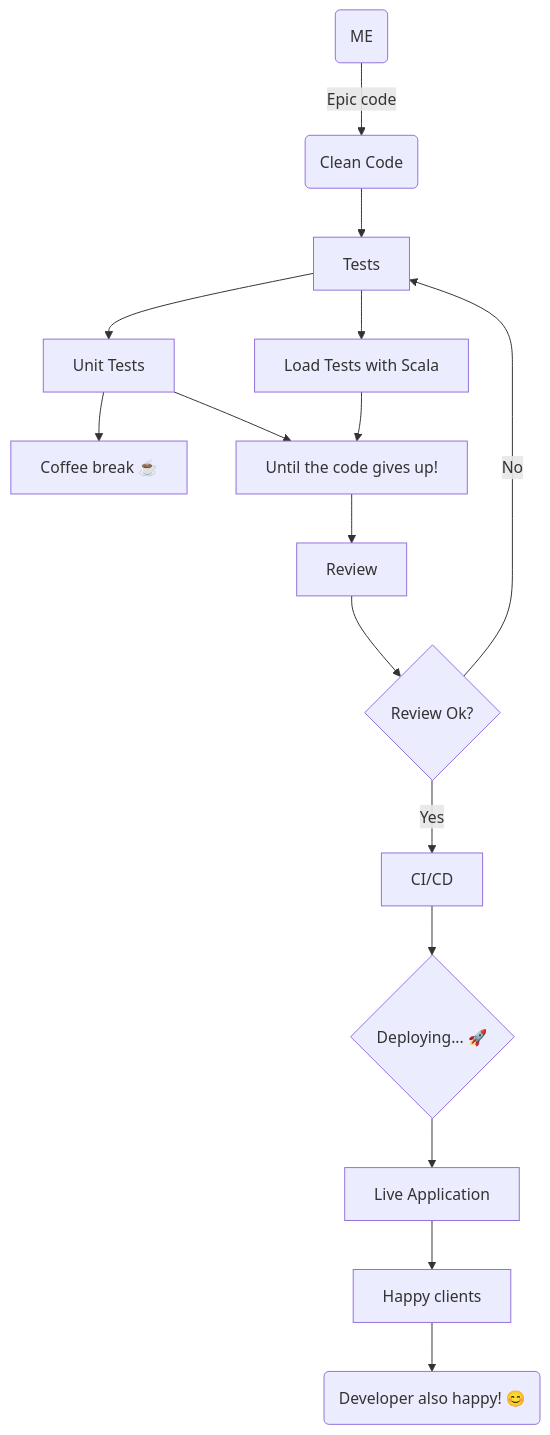
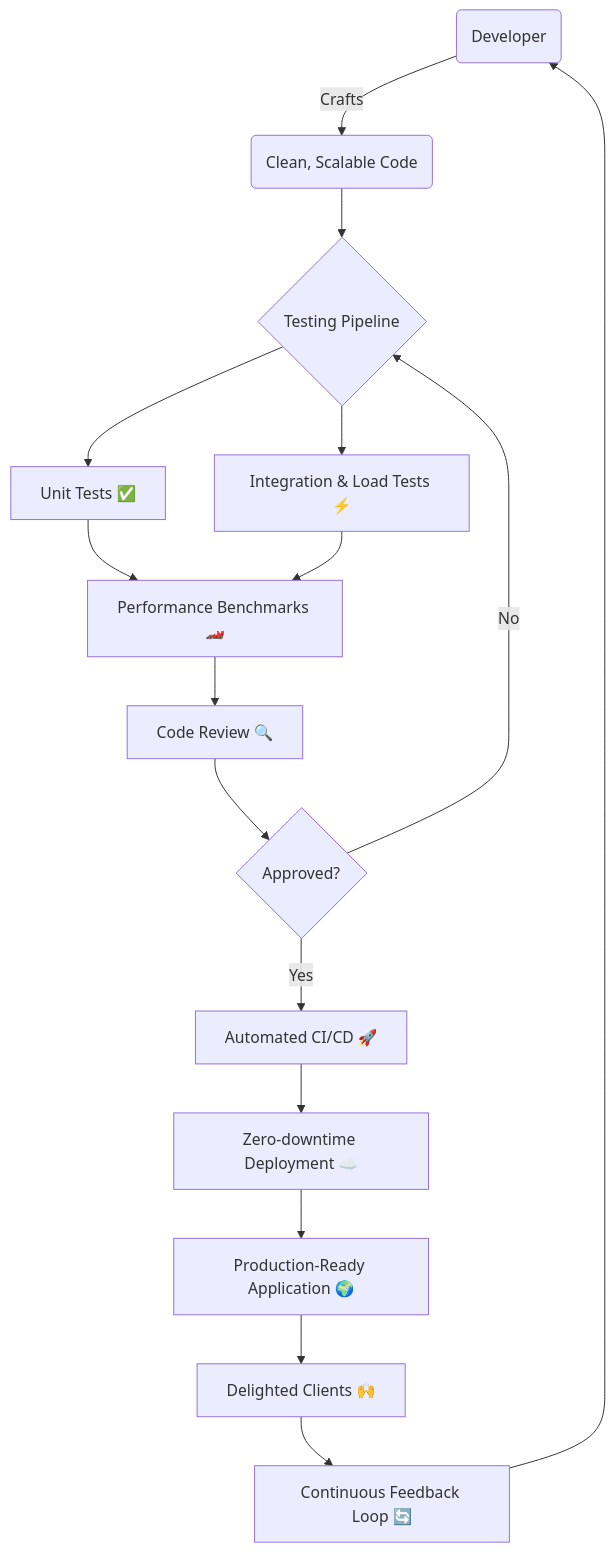
The diagram in README.md (DIEGOHORVATTI/DIEGOHORVATTI), drawn with Mermaid before and after one commit. The commit also changed other lines of this file, not shown here.

Commit message:
Revise README content and contact information
Updated personal information and contact details in README.

````diff
--- a/README.md
+++ b/README.md
@@ -25,18 +15,18 @@
 ```mermaid
 flowchart TD
-    A(ME) -->|Epic code| B(Clean Code)
-    B --> C{Tests}
-    C --> D[Unit Tests]
-    D --> O[Coffee break ☕]
-    C --> E[Load Tests with Scala]
-    D --> N[Performance challenges⚡]
-    E --> N[Until the code gives up!]
-    N --> P[Review]
-    P --> Q{Review Ok?}
-    Q -- Yes --> G[CI/CD]
-    Q -- No --> C[Tests]
-    G --> H{Deploying... 🚀}
-    H --> I[Live Application]
-    I --> J[Happy clients]
-    J --> K(Developer also happy! 😊)
+  A(Developer) -->|Crafts| B(Clean, Scalable Code)
+  B --> C{Testing Pipeline}
+  C --> D[Unit Tests ✅]
+  C --> E[Integration & Load Tests ⚡]
+  D --> F[Performance Benchmarks 🏎️]
+  E --> F
+  F --> G[Code Review 🔍]
+  G --> H{Approved?}
+  H -- Yes --> I[Automated CI/CD 🚀]
+  H -- No --> C
+  I --> J[Zero-downtime Deployment ☁️]
+  J --> K[Production-Ready Application 🌍]
+  K --> L[Delighted Clients 🙌]
+  L --> M[Continuous Feedback Loop 🔄]
+  M --> A
 ```
````
